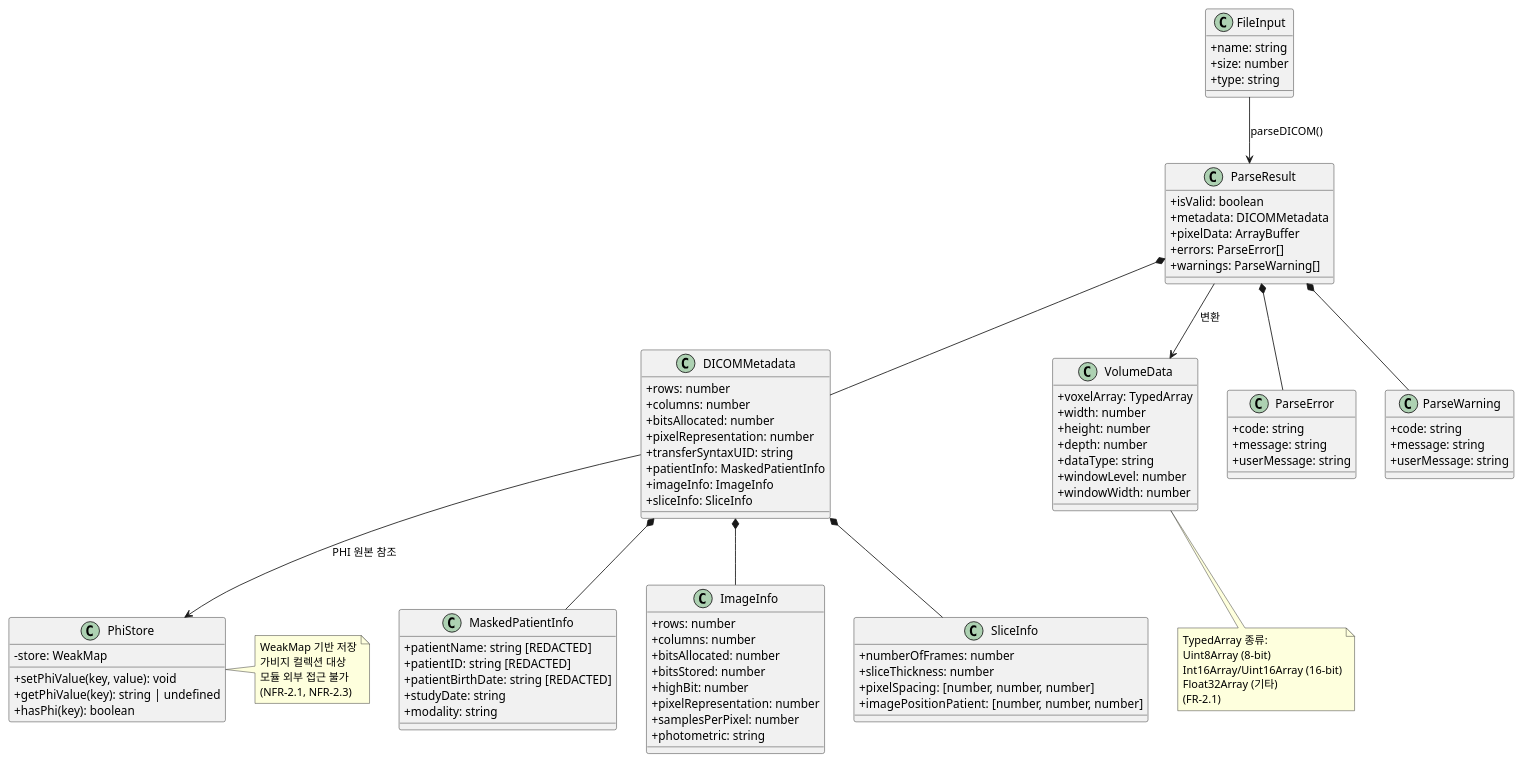
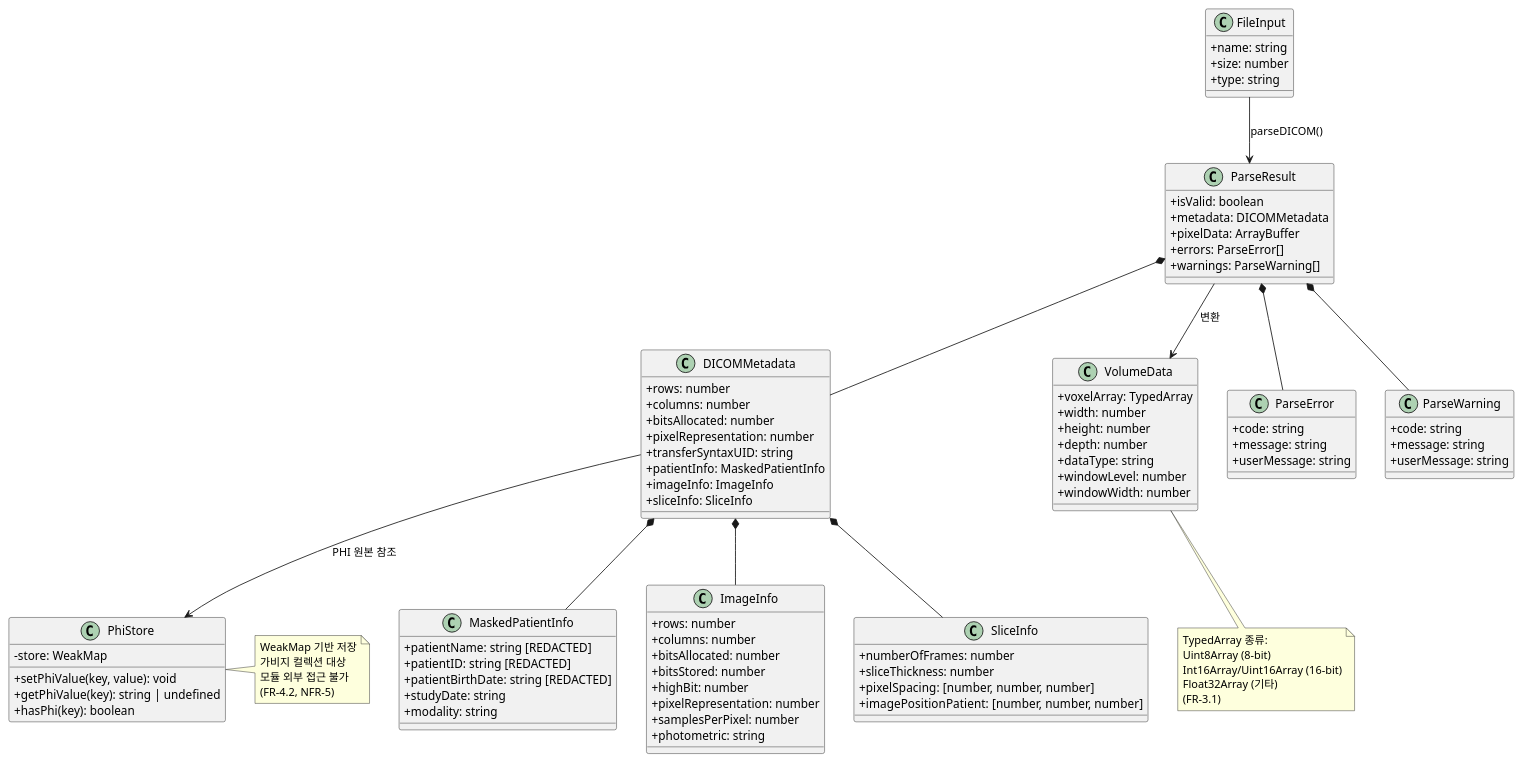
Before and after one commit to hk-neo/playGround: the sixth of 6 diagrams in docs/artifacts/SAD.md, drawn with PlantUML. The commit also changed other lines of this file, not shown here.

```diff
--- a/docs/artifacts/SAD.md
+++ b/docs/artifacts/SAD.md
@@ -417,7 +423,7 @@
   WeakMap 기반 저장
   가비지 컬렉션 대상
   모듈 외부 접근 불가
-  (NFR-2.1, NFR-2.3)
+  (FR-4.2, NFR-5)
 end note
 
 note bottom of VolumeData
@@ -425,7 +431,7 @@
   Uint8Array (8-bit)
   Int16Array/Uint16Array (16-bit)
   Float32Array (기타)
-  (FR-2.1)
+  (FR-3.1)
 end note
 
 @enduml
```
